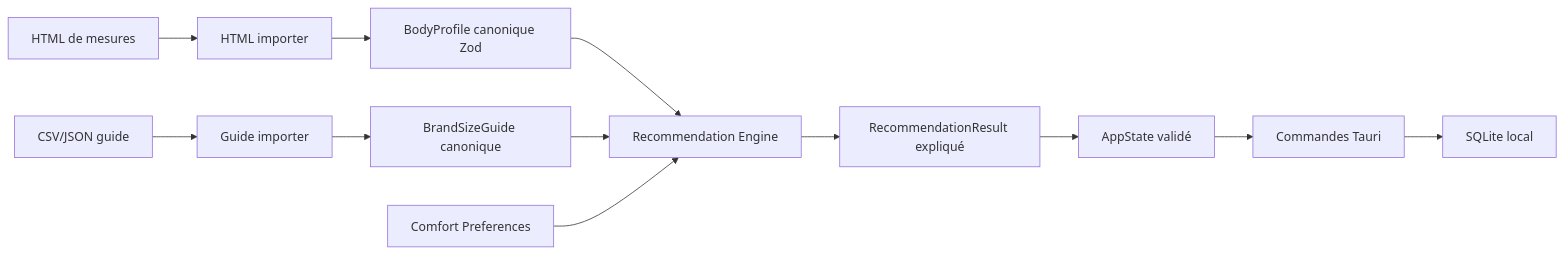
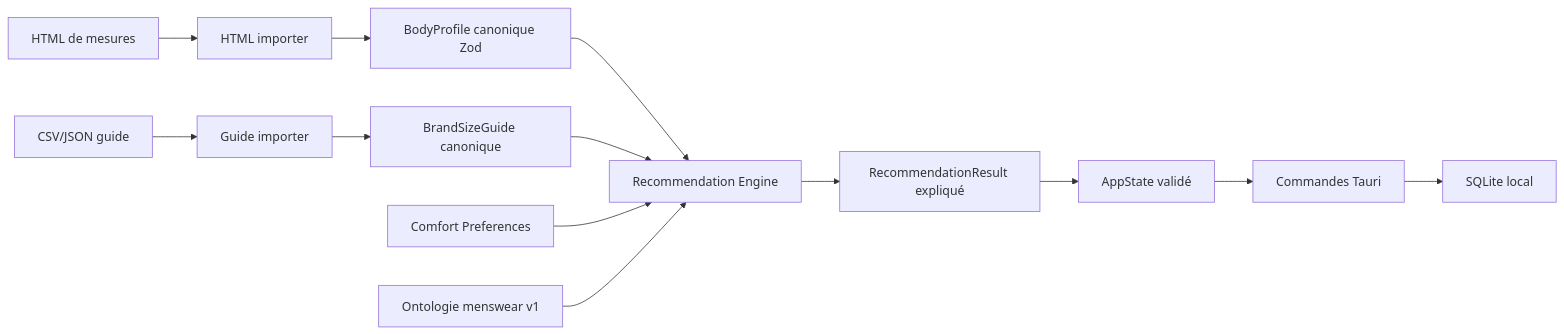
One commit to Giscolab/shopping-assistant changed the diagram in docs/architecture.md. Above: the diagram before and after it, drawn with Mermaid. The commit also changed other lines of this file and 45 other files, not shown here.

````diff
--- a/docs/architecture.md
+++ b/docs/architecture.md
@@ -14,14 +16,15 @@
 ```mermaid
 flowchart LR
   HTML["HTML de mesures"] --> Importer["HTML importer"]
   Importer --> Profile["BodyProfile canonique Zod"]
   CSV["CSV/JSON guide"] --> GuideImporter["Guide importer"]
   GuideImporter --> Guide["BrandSizeGuide canonique"]
   Profile --> Engine["Recommendation Engine"]
   Guide --> Engine
   Preferences["Comfort Preferences"] --> Engine
+  Ontology["Ontologie menswear v1"] --> Engine
   Engine --> Result["RecommendationResult expliqué"]
   Result --> Store["AppState validé"]
   Store --> Tauri["Commandes Tauri"]
   Tauri --> SQLite["SQLite local"]
 ```
````
